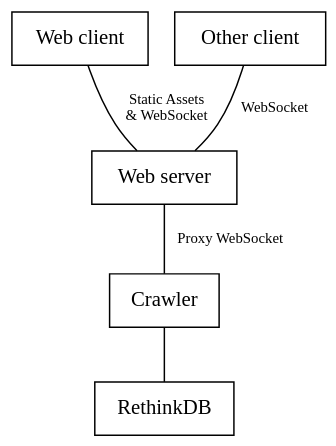
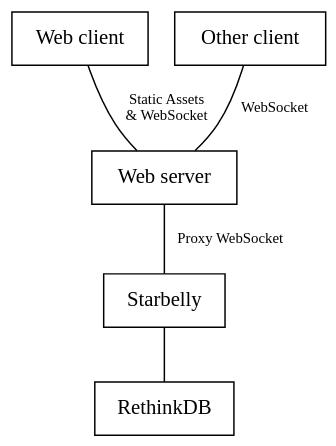
One commit to HyperionGray/starbelly changed the first of 2 diagrams in docs/internals.rst. Above: the diagram before and after it, drawn with Graphviz. The commit also changed other lines of this file and 3 other files, not shown here.

```diff
--- a/docs/internals.rst
+++ b/docs/internals.rst
@@ -11,20 +11,20 @@
 .. graphviz::
 
     graph system_diagram {
         graph [bgcolor=transparent];
         node [shape=box];
         edge [fontsize=10];
 
         // Nodes
-        app            [label="Crawler"];
+        app            [label="Starbelly"];
         web            [label="Web server"];
         database       [label="RethinkDB"];
         webclient      [label="Web client"];
         othclient      [label="Other client"];
 
         // Edges
         web -- app [label="Proxy WebSocket"];
         app -- database;
         webclient -- web [label="Static Assets\n& WebSocket"];
         othclient -- web [label="WebSocket"];
     }
```
